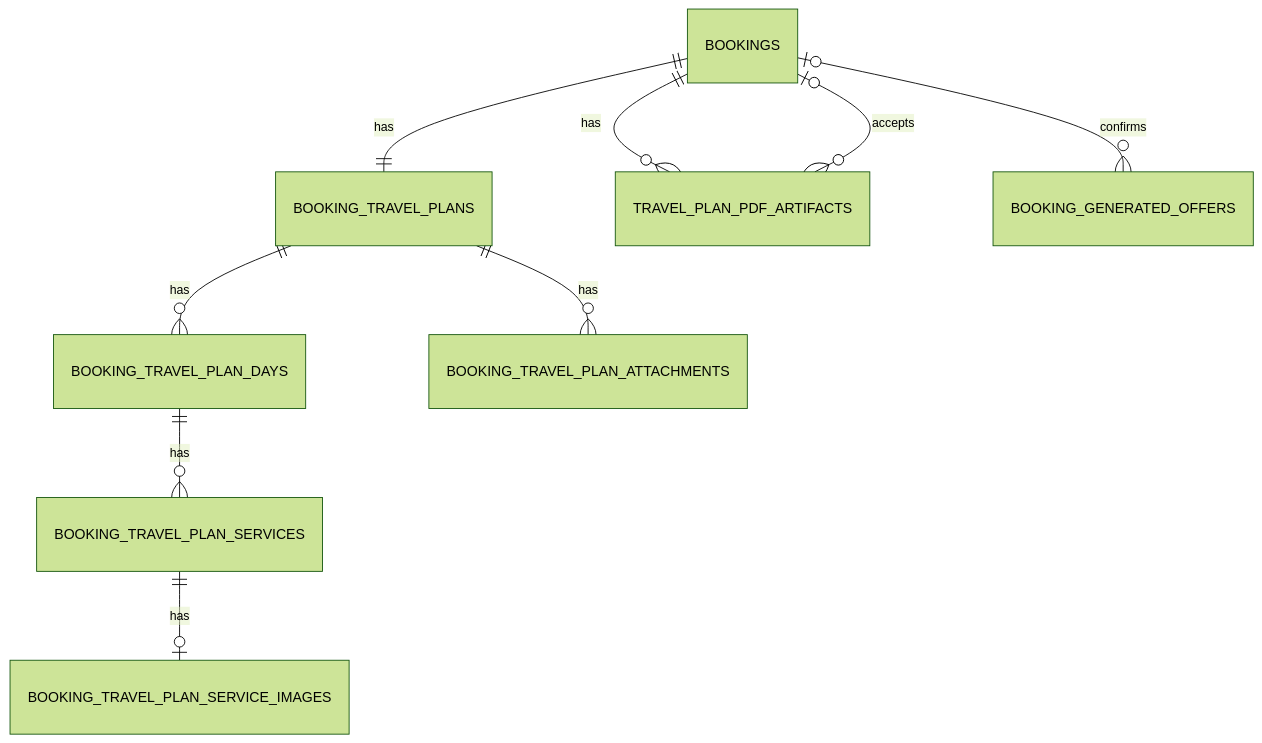
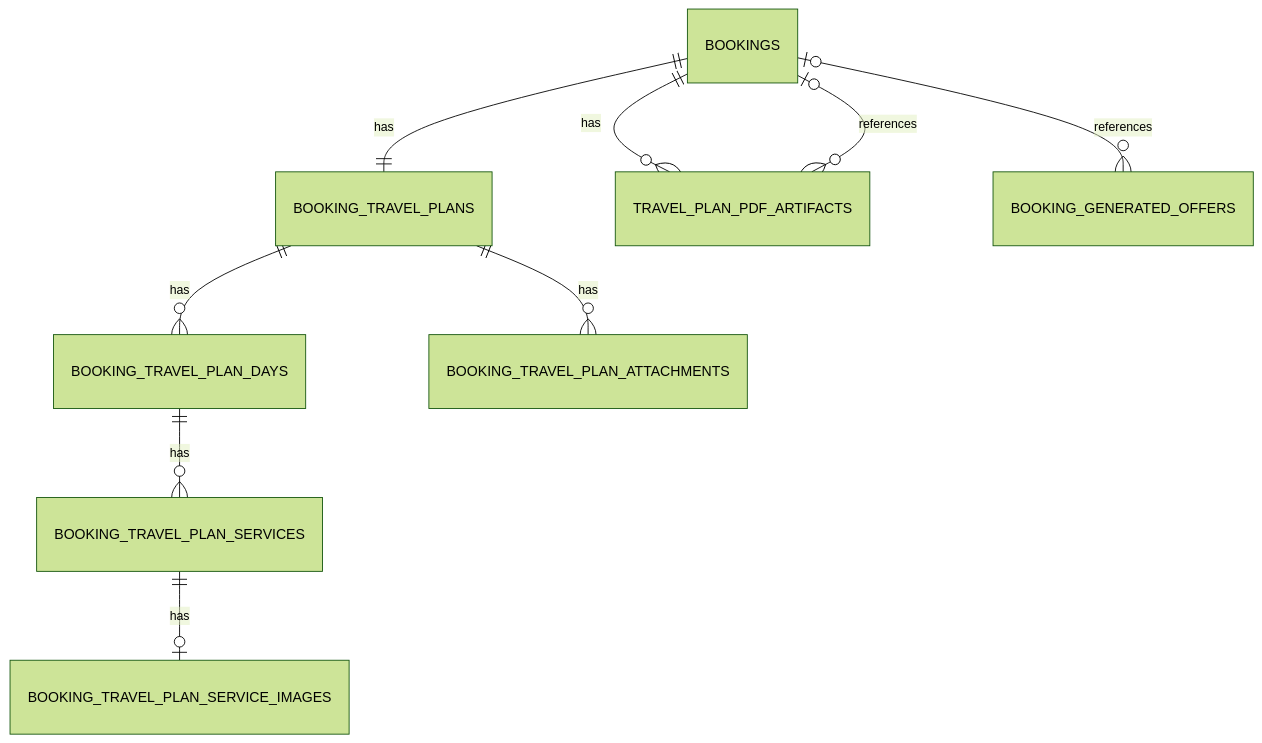
The fourth of 5 diagrams in documentation/concept/json_to_database.md (joachimneumann/travelagency), drawn with Mermaid (forest theme) before and after one commit. The commit also changed other lines of this file and 1 other file, not shown here.

````diff
--- a/documentation/concept/json_to_database.md
+++ b/documentation/concept/json_to_database.md
@@ -840,11 +806,11 @@
 ```mermaid
 erDiagram
     BOOKINGS ||--|| BOOKING_TRAVEL_PLANS : has
     BOOKING_TRAVEL_PLANS ||--o{ BOOKING_TRAVEL_PLAN_DAYS : has
     BOOKING_TRAVEL_PLAN_DAYS ||--o{ BOOKING_TRAVEL_PLAN_SERVICES : has
     BOOKING_TRAVEL_PLAN_SERVICES ||--o| BOOKING_TRAVEL_PLAN_SERVICE_IMAGES : has
     BOOKING_TRAVEL_PLANS ||--o{ BOOKING_TRAVEL_PLAN_ATTACHMENTS : has
     BOOKINGS ||--o{ TRAVEL_PLAN_PDF_ARTIFACTS : has
-    BOOKINGS o|--o{ BOOKING_GENERATED_OFFERS : confirms
-    BOOKINGS o|--o{ TRAVEL_PLAN_PDF_ARTIFACTS : accepts
+    BOOKINGS o|--o{ BOOKING_GENERATED_OFFERS : references
+    BOOKINGS o|--o{ TRAVEL_PLAN_PDF_ARTIFACTS : references
 ```
````
